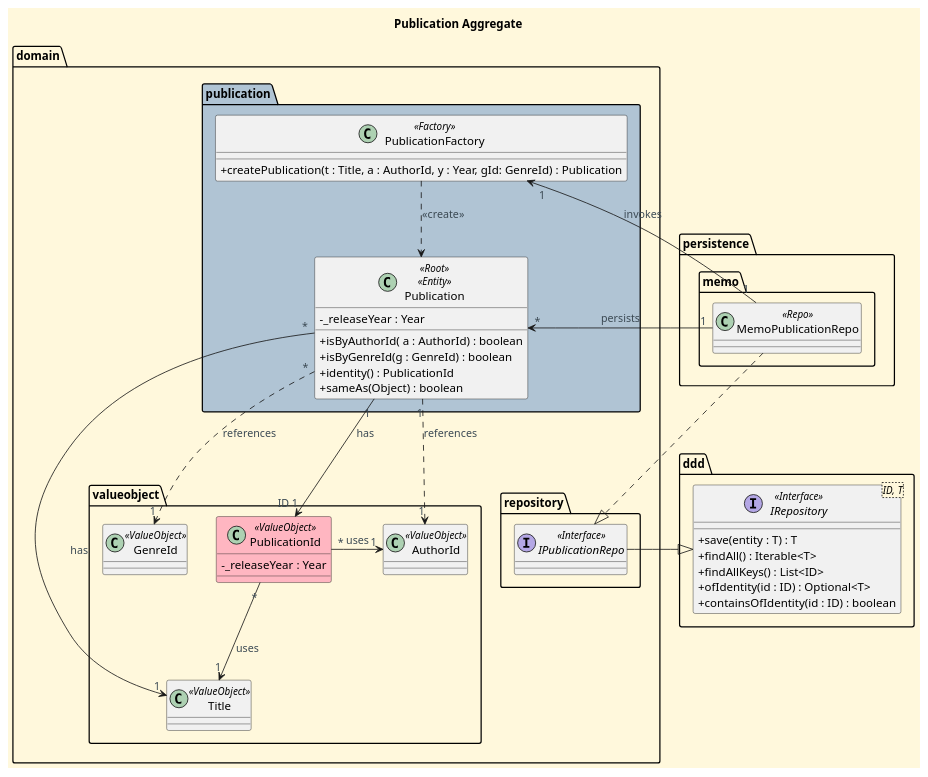
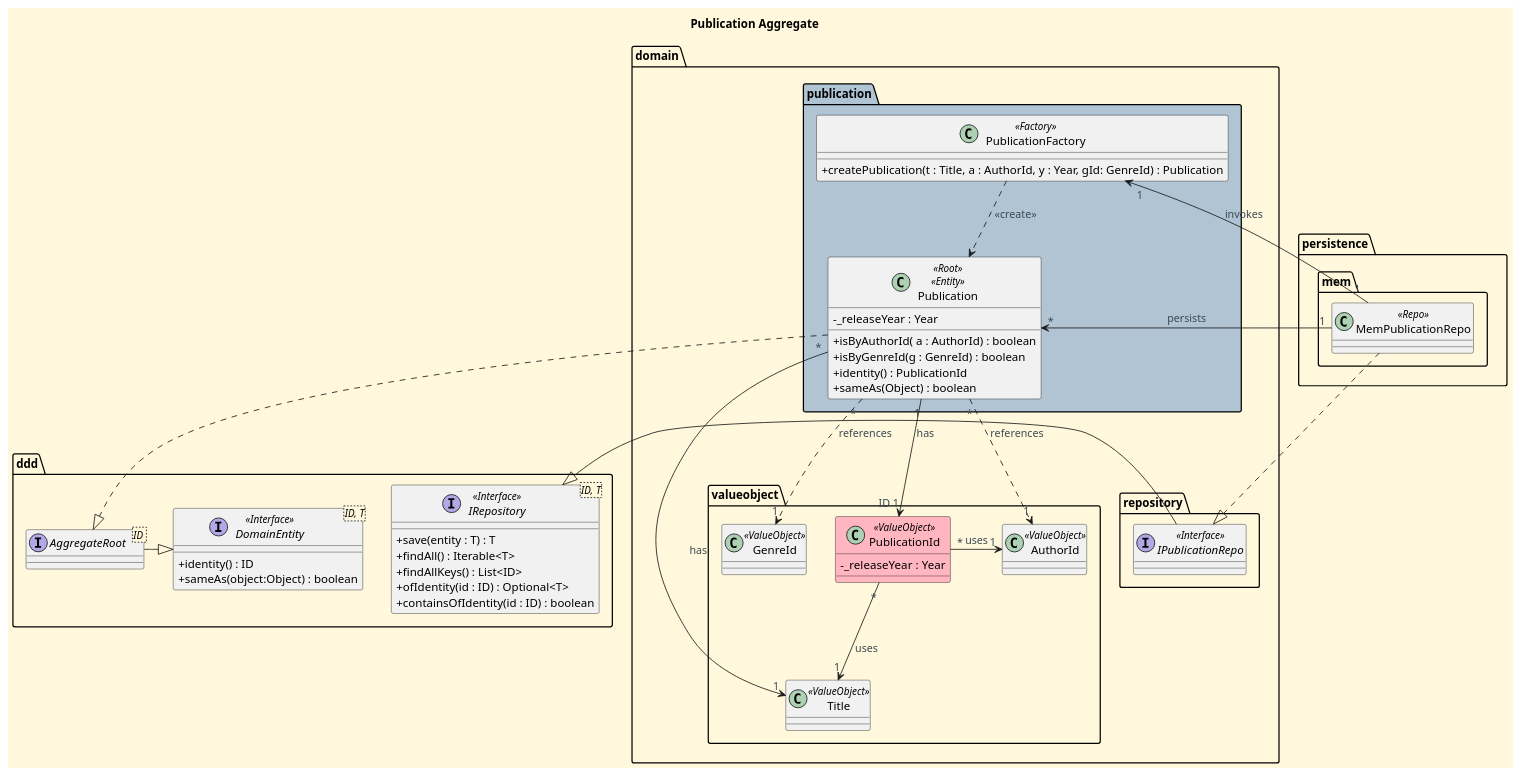
One commit to CarolinaLeite-collab/JavaMarketplacePlatform changed the diagram in docs/aggregates-diagrams/Publication_Aggregate.puml. Above: the diagram before and after it, drawn with PlantUML.

Commit message:
docs: add AggregateRoot and DomainEntity interfaces and fix relationships and cardinalities in Publication aggregate diagram #552

```diff
--- a/docs/aggregates-diagrams/Publication_Aggregate.puml
+++ b/docs/aggregates-diagrams/Publication_Aggregate.puml
@@ -1,100 +1,108 @@
 @startuml
 
 '==== Title ====
 title Publication Aggregate
 
 
 '==== basic style ====
 skinparam monochrome false
 skinparam shadowing false
 skinparam defaultFontName Futura
 skinparam objectFontSize 20
 skinparam backgroundColor CornSilk
 skinparam objectBackgroundColor WhiteSmoke
 skinparam noteBackgroundColor #FFFFE0
 skinparam ArrowFontColor #3B4953
 skinparam ActivationBackgroundColor black
 skinparam classAttributeIconSize 0
 
 top to bottom direction
 ' ===== Domain =====
 Package "domain" {
 
     Package "publication" #b0c4d4 {
 
         class Publication <<Root>> <<Entity>> {
             -_releaseYear : Year
             +isByAuthorId( a : AuthorId) : boolean
             +isByGenreId(g : GenreId) : boolean
             +identity() : PublicationId
             +sameAs(Object) : boolean
         }
 
         class PublicationFactory <<Factory>> {
             +createPublication(t : Title, a : AuthorId, y : Year, gId: GenreId) : Publication
         }
 
     }
 
     Package "valueobject"  {
 
         class PublicationId <<ValueObject>> #LightPink {
            - _releaseYear : Year
 
         }
 
         class Title <<ValueObject>> {
         }
 
         class AuthorId <<ValueObject>> {
         }
 
         class GenreId <<ValueObject>>{
         }
 
 
 
     }
 
     Package "repository"   {
         interface IPublicationRepo <<Interface>>
     }
 
     Publication -[hidden]right- IPublicationRepo
     PublicationId -[hidden]right- IPublicationRepo
 
 }
 
 Package "ddd" {
     interface IRepository<ID, T> <<Interface>> {
         +save(entity : T) : T
         +findAll() : Iterable<T>
         +findAllKeys() : List<ID>
         +ofIdentity(id : ID) : Optional<T>
         +containsOfIdentity(id : ID) : boolean
     }
+    interface AggregateRoot <ID >{
+             }
+    interface DomainEntity<ID, T> <<Interface>> {
+              +identity() : ID
+              +sameAs(object:Object) : boolean
+    }
 }
 
 ' ===== Persistence =====
 Package "persistence" {
-     package "memo"  {
-     class MemoPublicationRepo <<Repo>>
+     package "mem"  {
+     class MemPublicationRepo <<Repo>>
     }
 }
 
 ' ===== Relations =====
 Publication "1" --> "ID 1" PublicationId : has
 Publication "*"-> "1" Title : has
-Publication "1"..> "1" AuthorId : references
+Publication "*"..> "1" AuthorId : references
 Publication "*"..> "1" GenreId : references
 
 PublicationId "*" --> "1" Title : uses
 PublicationId "*" -> "1" AuthorId : uses
 
 IPublicationRepo -|> IRepository
-MemoPublicationRepo ..|> IPublicationRepo
-Publication "*" <-- "1" MemoPublicationRepo : persists
-PublicationFactory "1"<-- "1" MemoPublicationRepo : invokes
+MemPublicationRepo ..|> IPublicationRepo
+Publication "*" <-- "1" MemPublicationRepo : persists
+PublicationFactory "1"<-- "1" MemPublicationRepo : invokes
 PublicationFactory ..> Publication : <<create>>
 
+AggregateRoot -|> DomainEntity
+Publication .|> AggregateRoot
 @enduml
```
